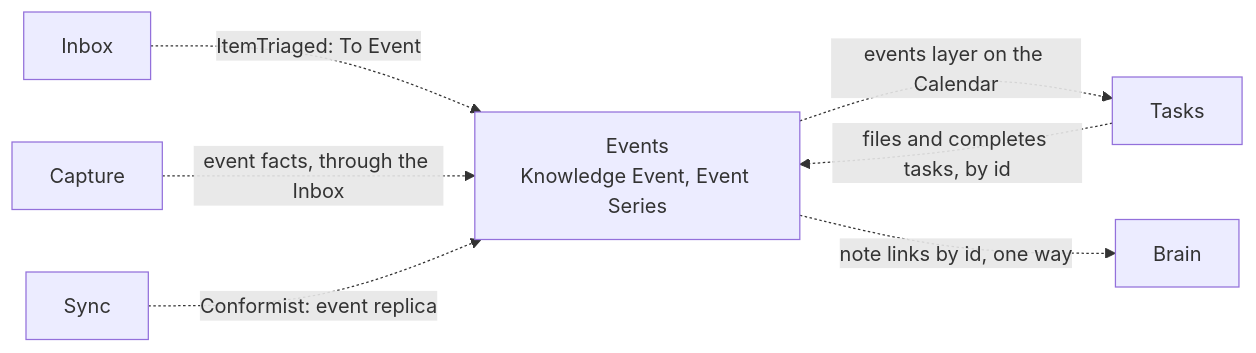
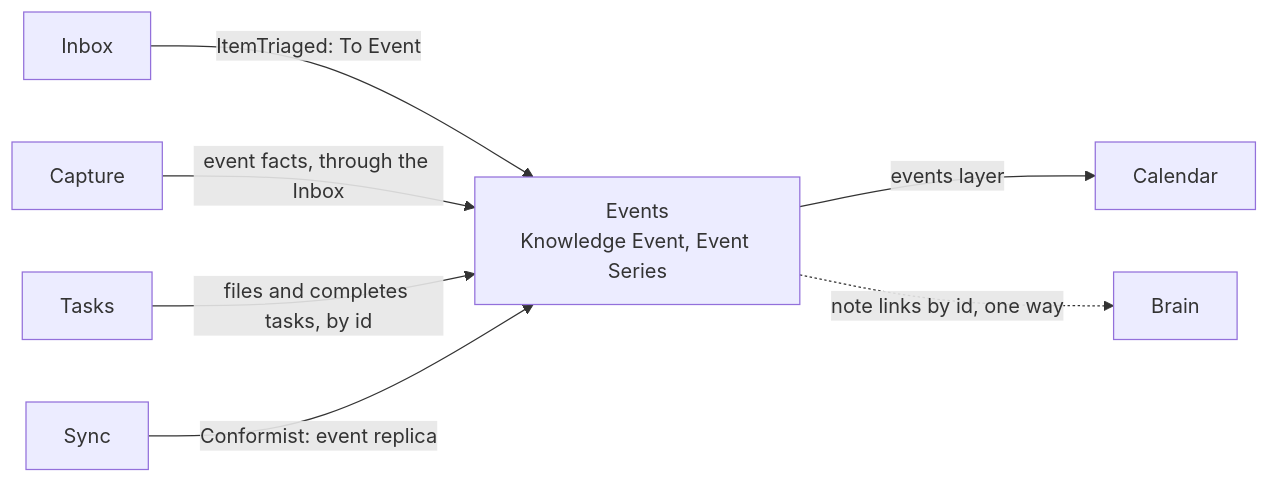
One commit to JSdotNet/Backlog changed the diagram in .devbook/arc42/adr/0050-events-is-its-own-bounded-context.md. Above: the diagram before and after it, drawn with Mermaid. The commit also changed other lines of this file and 7 other files, not shown here.

First line of the commit message:
docs(devbook): level ADR 0050, Calendar and Sync chapters with the built Events

````diff
--- a/.devbook/arc42/adr/0050-events-is-its-own-bounded-context.md
+++ b/.devbook/arc42/adr/0050-events-is-its-own-bounded-context.md
@@ -73,9 +73,9 @@
 ```mermaid
 flowchart LR
-    Inbox["Inbox"] -.->|"ItemTriaged: To Event"| Events["Events<br/>Knowledge Event, Event Series"]
-    Capture["Capture"] -.->|"event facts, through the Inbox"| Events
-    Tasks["Tasks"] -.->|"files and completes tasks, by id"| Events
-    Events -.->|"events layer on the Calendar"| Tasks
+    Inbox["Inbox"] -->|"ItemTriaged: To Event"| Events["Events<br/>Knowledge Event, Event Series"]
+    Capture["Capture"] -->|"event facts, through the Inbox"| Events
+    Tasks["Tasks"] -->|"files and completes tasks, by id"| Events
+    Events -->|"events layer"| Calendar["Calendar"]
     Events -.->|"note links by id, one way"| Brain["Brain"]
-    Sync["Sync"] -.->|"Conformist: event replica"| Events
+    Sync["Sync"] -->|"Conformist: event replica"| Events
 ```
````
